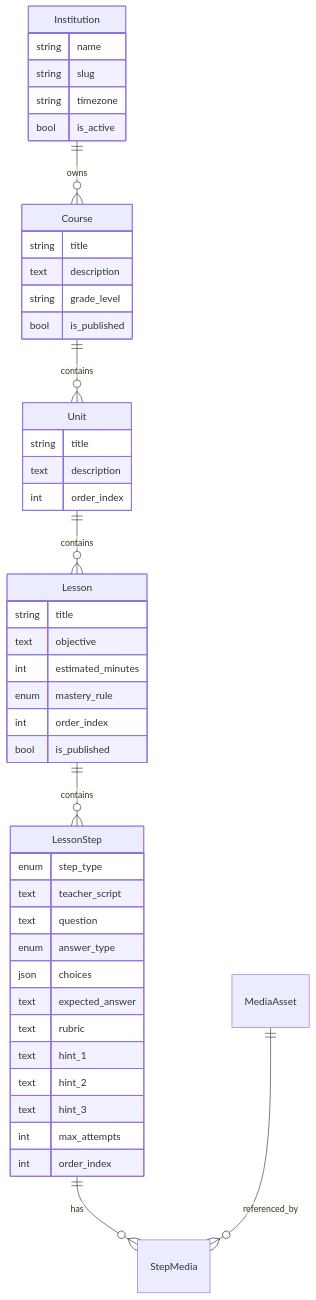
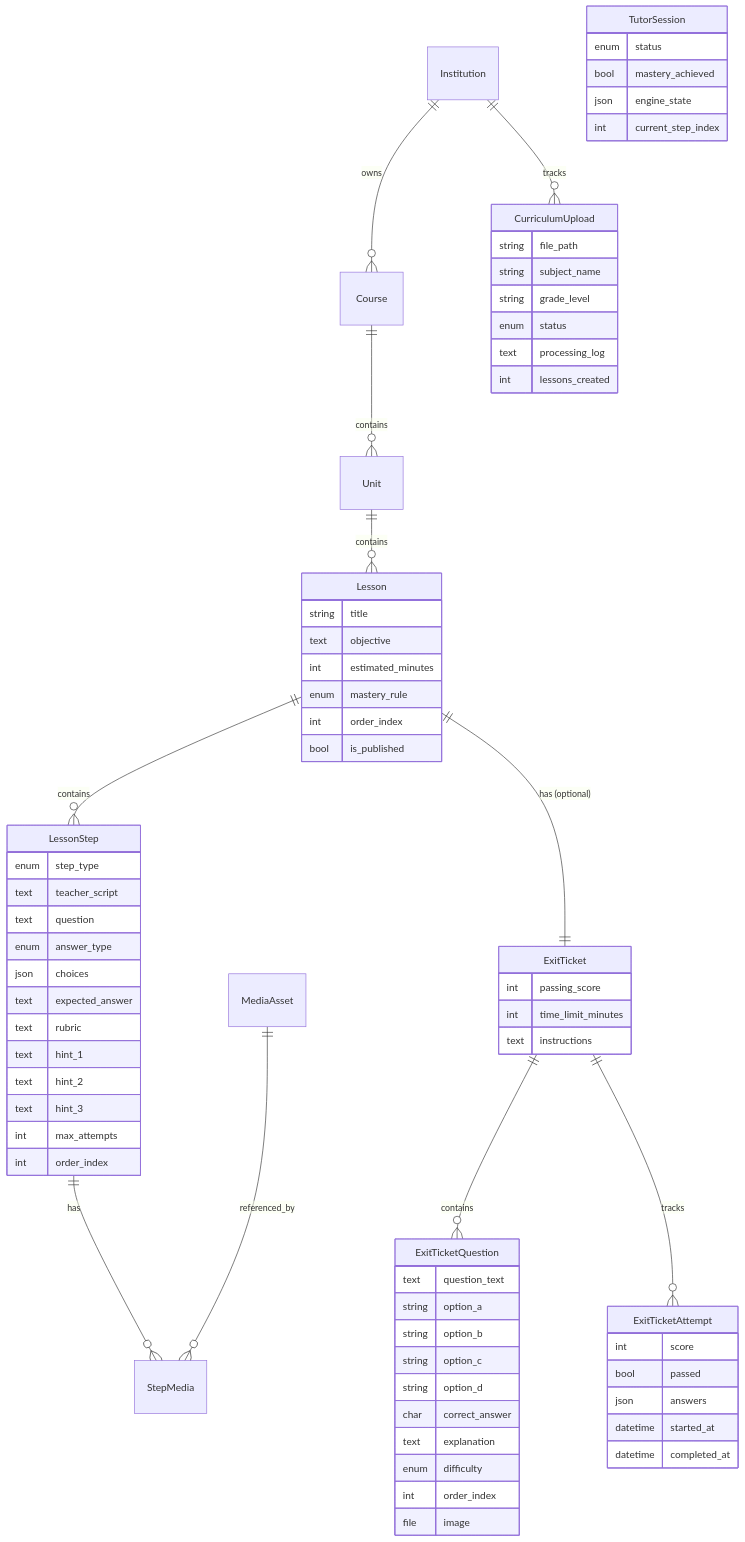
The fourth of 11 diagrams in design/PROMPT_AND_CURRICULUM_DEEP_DIVE.md (eai6/ai-tutor), drawn with Mermaid before and after one commit. The commit also changed other lines of this file, not shown here.

First line of the commit message:
Update deep dive design doc with new code analysis (generator, engine, exit tickets)

````diff
--- a/design/PROMPT_AND_CURRICULUM_DEEP_DIVE.md
+++ b/design/PROMPT_AND_CURRICULUM_DEEP_DIVE.md
@@ -98,53 +168,80 @@
 ```mermaid
 erDiagram
     Institution ||--o{ Course : "owns"
     Course ||--o{ Unit : "contains"
     Unit ||--o{ Lesson : "contains"
     Lesson ||--o{ LessonStep : "contains"
+    Lesson ||--|| ExitTicket : "has (optional)"
+    ExitTicket ||--o{ ExitTicketQuestion : "contains"
+    ExitTicket ||--o{ ExitTicketAttempt : "tracks"
     LessonStep ||--o{ StepMedia : "has"
     MediaAsset ||--o{ StepMedia : "referenced_by"
-
-    Institution {
-        string name
-        string slug
-        string timezone
-        bool is_active
-    }
-
-    Course {
-        string title
-        text description
-        string grade_level
-        bool is_published
-    }
-
-    Unit {
-        string title
-        text description
-        int order_index
-    }
+    Institution ||--o{ CurriculumUpload : "tracks"
 
     Lesson {
         string title
         text objective
         int estimated_minutes
         enum mastery_rule
         int order_index
         bool is_published
     }
 
     LessonStep {
         enum step_type
         text teacher_script
         text question
         enum answer_type
         json choices
         text expected_answer
         text rubric
         text hint_1
         text hint_2
         text hint_3
         int max_attempts
         int order_index
     }
+
+    ExitTicket {
+        int passing_score
+        int time_limit_minutes
+        text instructions
+    }
+
+    ExitTicketQuestion {
+        text question_text
+        string option_a
+        string option_b
+        string option_c
+        string option_d
+        char correct_answer
+        text explanation
+        enum difficulty
+        int order_index
+        file image
+    }
+
+    ExitTicketAttempt {
+        int score
+        bool passed
+        json answers
+        datetime started_at
+        datetime completed_at
+    }
+
+    TutorSession {
+        enum status
+        bool mastery_achieved
+        json engine_state
+        int current_step_index
+    }
+
+    CurriculumUpload {
+        string file_path
+        string subject_name
+        string grade_level
+        enum status
+        text processing_log
+        int lessons_created
+    }
 ```
````
